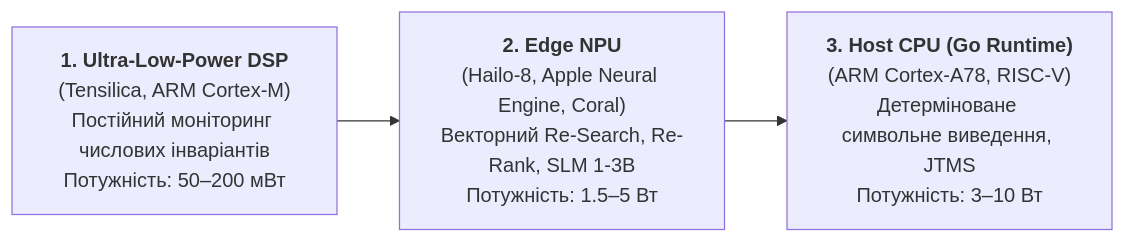
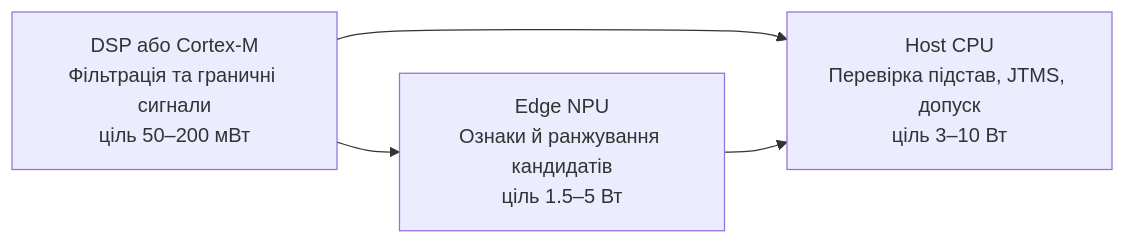
One commit to nick-fedchik/articles changed the sixth of 6 diagrams in ExpertSystem/ch35-self-organizing-expert-systems-synergetics-and-npu-runtime.md. Above: the diagram before and after it, drawn with Mermaid. The commit also changed other lines of this file and 7 other files, not shown here.

````diff
--- a/ExpertSystem/ch35-self-organizing-expert-systems-synergetics-and-npu-runtime.md
+++ b/ExpertSystem/ch35-self-organizing-expert-systems-synergetics-and-npu-runtime.md
@@ -412,5 +585,8 @@
 ```mermaid
 flowchart LR
-    DSP["<b>1. Ultra-Low-Power DSP</b><br/>(Tensilica, ARM Cortex-M)<br/>Постійний моніторинг числових інваріантів<br/>Потужність: 50–200 мВт"] --> NPU["<b>2. Edge NPU</b><br/>(Hailo-8, Apple Neural Engine, Coral)<br/>Векторний Re-Search, Re-Rank, SLM 1-3B<br/>Потужність: 1.5–5 Вт"]
-    NPU --> CPU["<b>3. Host CPU (Go Runtime)</b><br/>(ARM Cortex-A78, RISC-V)<br/>Детерміноване символьне виведення, JTMS<br/>Потужність: 3–10 Вт"]
+	accTitle: Розподіл обчислень без передачі нормативного допуску моделі
+	accDescr: DSP обробляє сигнали, NPU пропонує кандидатів, CPU незалежно перевіряє підстави й допуск.
+	DSP["DSP або Cortex-M<br/>Фільтрація та граничні сигнали<br/>ціль 50–200 мВт"] --> NPU["Edge NPU<br/>Ознаки й ранжування кандидатів<br/>ціль 1.5–5 Вт"]
+	DSP --> CPU["Host CPU<br/>Перевірка підстав, JTMS, допуск<br/>ціль 3–10 Вт"]
+	NPU --> CPU
 ```
````
